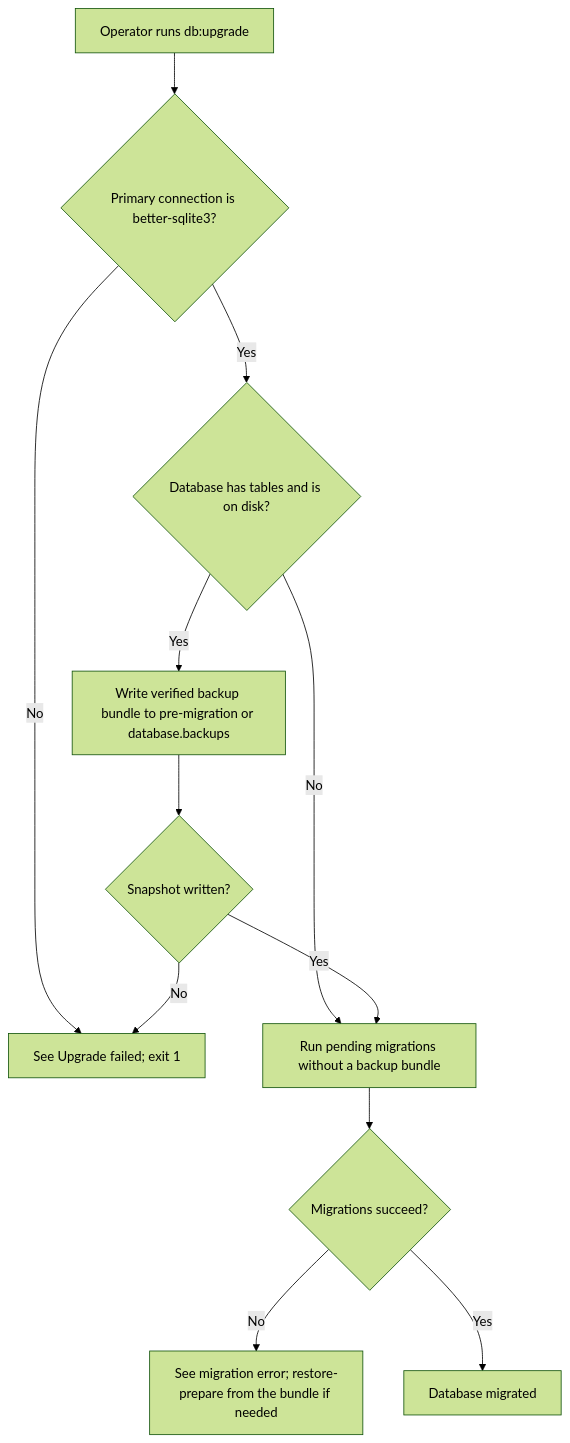
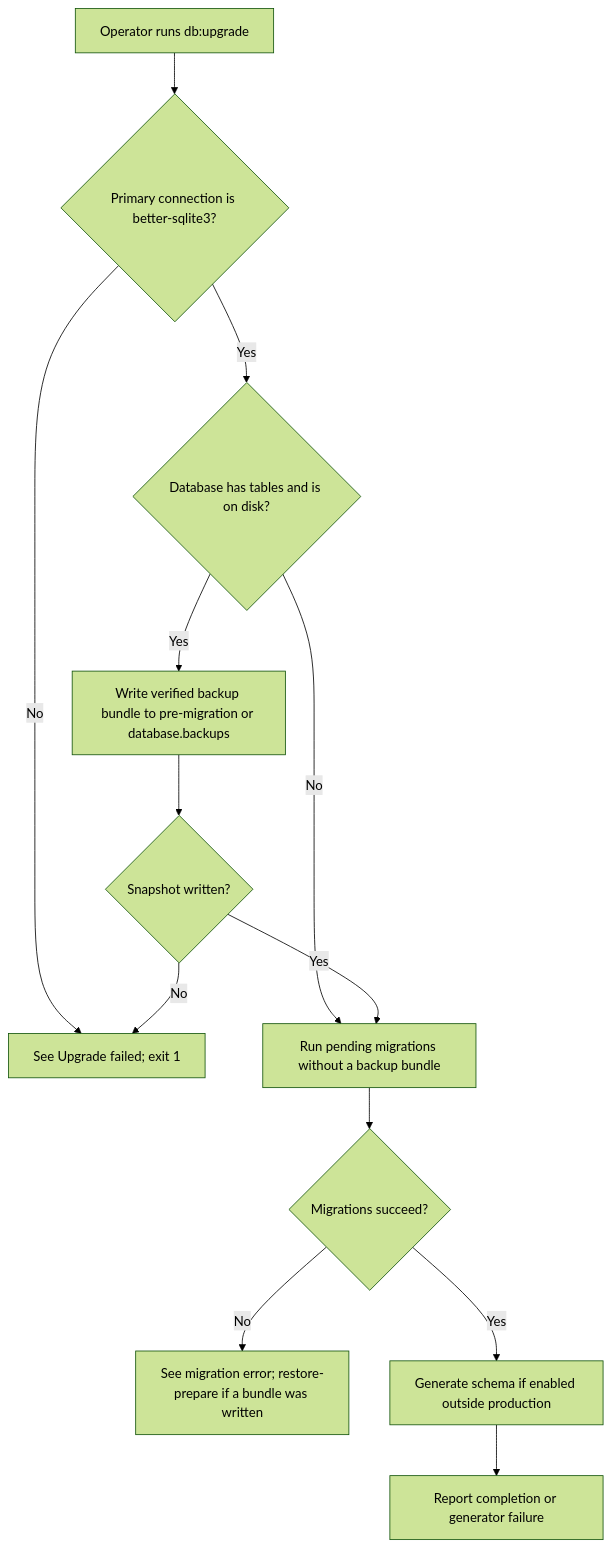
The first of 2 diagrams in user-stories/upgrade-database/us-op-06-upgrade-database.md (Kevinjohn/oss-adonisjs-sqlite-backup), drawn with Mermaid (forest theme) before and after one commit. The commit also changed other lines of this file and 12 other files, not shown here.

````diff
--- a/user-stories/upgrade-database/us-op-06-upgrade-database.md
+++ b/user-stories/upgrade-database/us-op-06-upgrade-database.md
@@ -27,14 +27,15 @@
 ```mermaid
 flowchart TD
     A["Operator runs db:upgrade"] --> B{"Primary connection is better-sqlite3?"}
     B -->|No| C["See Upgrade failed; exit 1"]
     B -->|Yes| D{"Database has tables and is on disk?"}
     D -->|No| G["Run pending migrations without a backup bundle"]
     D -->|Yes| E["Write verified backup bundle to pre-migration or database.backups"]
     E --> F{"Snapshot written?"}
     F -->|No| C
     F -->|Yes| G
     G --> H{"Migrations succeed?"}
-    H -->|No| I["See migration error; restore-prepare from the bundle if needed"]
-    H -->|Yes| J["Database migrated"]
+    H -->|No| I["See migration error; restore-prepare if a bundle was written"]
+    H -->|Yes| J["Generate schema if enabled outside production"]
+    J --> K["Report completion or generator failure"]
 ```
````
